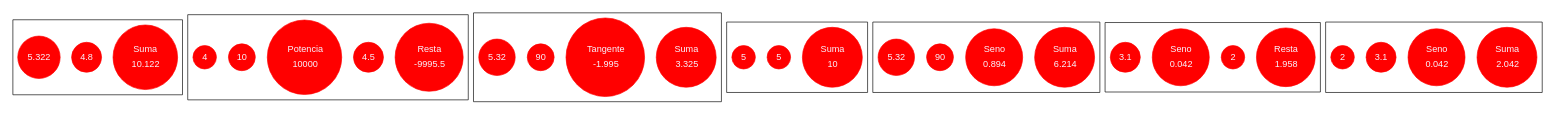
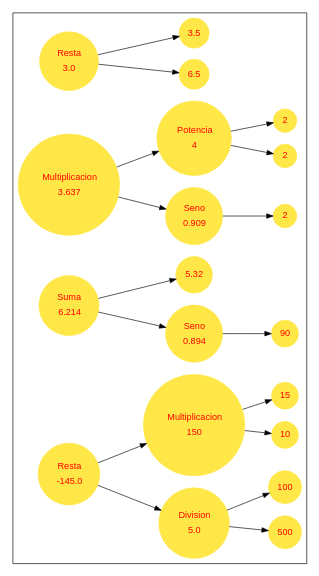
One commit to Juanj098/-LFP-Proyecto1_201900532 changed the diagram in proyecto.dot. Above: the diagram before and after it, drawn with Graphviz. The commit also changed 19 other files, not shown here.

```diff
--- a/proyecto.dot
+++ b/proyecto.dot
@@ -1,46 +1,46 @@
 
         digraph G{
-            rankdir = TB
+            rankdir = LR
 	        fontname="Helvetica,Arial,sans-serif"
 	        node [fontname="Helvetica,Arial,sans-serif"]
             edge [fontname="Helvetica,Arial,sans-serif"]
-        	node [shape = "circle" color = "#ff0000" style = filled fontcolor = "#f8f5ff"]
+        	node [shape = "circle" color = "#ffe748" style = filled fontcolor = "#ff0000"]
 			subgraph cluster0{
-				nodo1[label=<<table><tr><td>Suma</td></tr><tr><td>10.122</td></tr></table>>]
-				nodo8[label="4.8"]
-				nodo16[label="5.322"]
-			}
-			subgraph cluster1{
-				nodo2[label=<<table><tr><td>Resta</td></tr><tr><td>-9995.5</td></tr></table>>]
-				nodo9[label="4.5"]
-				nodoY17[label=<<table><tr><td>Potencia</td></tr><tr><td>10000</td></tr></table>>]
-				nodoY20[label="10"]				nodoY28[label="4"]			}
-			subgraph cluster2{
-				nodo3[label=<<table><tr><td>Suma</td></tr><tr><td>3.325</td></tr></table>>]
-				nodoB10[label=<<table><tr><td>Tangente</td></tr><tr><td>-1.995</td></tr></table>>]
+				nodo1[label=<<table><tr><td>Resta</td></tr><tr><td>3.0</td></tr></table>>]
+				nodo8[label="6.5"]
+				nodo1->nodo8
+				nodo16[label="3.5"]
+				nodo1->nodo16
+				nodo2[label=<<table><tr><td>Multiplicacion</td></tr><tr><td>3.637</td></tr></table>>]
+				nodoB9[label=<<table><tr><td>Seno</td></tr><tr><td>0.909</td></tr></table>>]
+				nodoB12[label ="2"]
+				nodo2->nodoB9
+				nodoB9->nodoB12
+				nodoY17[label=<<table><tr><td>Potencia</td></tr><tr><td>4</td></tr></table>>]
+				nodoY20[label="2"]
+				nodoY28[label="2"]
+				nodo2->nodoY17
+				nodoY17->nodoY20
+				nodoY17->nodoY28
+				nodo3[label=<<table><tr><td>Suma</td></tr><tr><td>6.214</td></tr></table>>]
+				nodoB10[label=<<table><tr><td>Seno</td></tr><tr><td>0.894</td></tr></table>>]
 				nodoB13[label ="90"]
+				nodo3->nodoB10
+				nodoB10->nodoB13
 				nodo18[label="5.32"]
-			}
-			subgraph cluster3{
-				nodo4[label=<<table><tr><td>Suma</td></tr><tr><td>10</td></tr></table>>]
-				nodo11[label="5"]
-				nodo19[label="5"]
-			}
-			subgraph cluster4{
-				nodo5[label=<<table><tr><td>Suma</td></tr><tr><td>6.214</td></tr></table>>]
-				nodoB12[label=<<table><tr><td>Seno</td></tr><tr><td>0.894</td></tr></table>>]
-				nodoB15[label ="90"]
-				nodo20[label="5.32"]
-			}
-			subgraph cluster5{
-				nodo6[label=<<table><tr><td>Resta</td></tr><tr><td>1.958</td></tr></table>>]
-				nodo13[label="2"]
-				nodoZ21[label=<<table><tr><td>Seno</td></tr><tr><td>0.042</td></tr></table>>]
-				nodoz18[label="3.1"]			}
-			subgraph cluster6{
-				nodo7[label=<<table><tr><td>Suma</td></tr><tr><td>2.042</td></tr></table>>]
-				nodoB14[label=<<table><tr><td>Seno</td></tr><tr><td>0.042</td></tr></table>>]
-				nodoB17[label ="3.1"]
-				nodo22[label="2"]
+				nodo3->nodo18
+				nodo4[label=<<table><tr><td>Resta</td></tr><tr><td>-145.0</td></tr></table>>]
+				nodoA11[label=<<table><tr><td>Division</td></tr><tr><td>5.0</td></tr></table>>]
+				nodoA14[label="500"]
+				nodoA26[label="100"]
+				nodo4->nodoA11
+				nodoA11->nodoA14
+				nodoA11->nodoA26
+				nodoY19[label=<<table><tr><td>Multiplicacion</td></tr><tr><td>150</td></tr></table>>]
+				nodoY22[label="10"]
+				nodoY30[label="15"]
+				nodo4->nodoY19
+				nodoY19->nodoY22
+				nodoY19->nodoY30
 			}
 }
```
